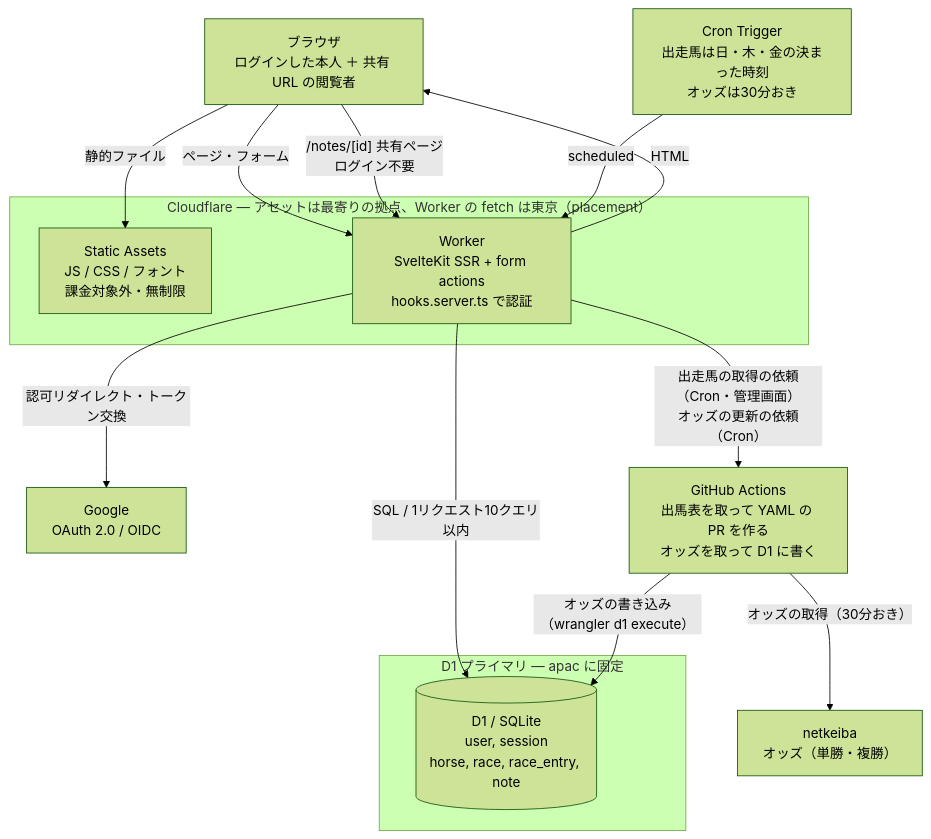
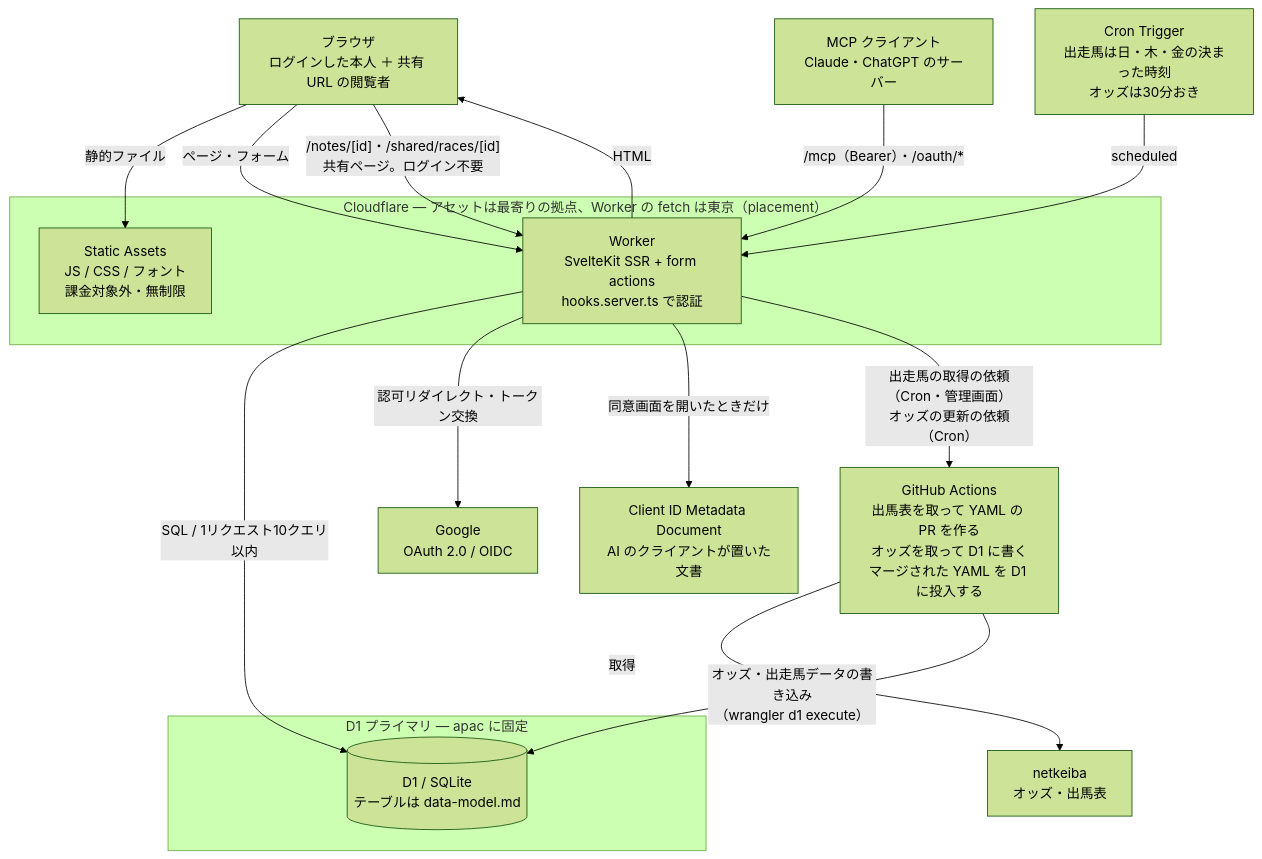
Before and after one commit to Atoyr/keiba-note: the first of 11 diagrams in docs/architecture.md, drawn with Mermaid (forest theme). The commit also changed other lines of this file and 56 other files, not shown here.

````diff
--- a/docs/architecture.md
+++ b/docs/architecture.md
@@ -98,29 +84,33 @@
 ```mermaid
 flowchart TB
     U["ブラウザ<br/>ログインした本人 ＋ 共有 URL の閲覧者"]
+    AI["MCP クライアント<br/>Claude・ChatGPT のサーバー"]
 
     subgraph CF["Cloudflare — アセットは最寄りの拠点、Worker の fetch は東京（placement）"]
         A["Static Assets<br/>JS / CSS / フォント<br/>課金対象外・無制限"]
         W["Worker<br/>SvelteKit SSR + form actions<br/>hooks.server.ts で認証"]
     end
 
     subgraph APAC["D1 プライマリ — apac に固定"]
-        D[("D1 / SQLite<br/>user, session<br/>horse, race, race_entry, note")]
+        D[("D1 / SQLite<br/>テーブルは data-model.md")]
     end
 
     G["Google<br/>OAuth 2.0 / OIDC"]
-    N["netkeiba<br/>オッズ（単勝・複勝）"]
-    GH["GitHub Actions<br/>出馬表を取って YAML の PR を作る<br/>オッズを取って D1 に書く"]
+    M["Client ID Metadata Document<br/>AI のクライアントが置いた文書"]
+    N["netkeiba<br/>オッズ・出馬表"]
+    GH["GitHub Actions<br/>出馬表を取って YAML の PR を作る<br/>オッズを取って D1 に書く<br/>マージされた YAML を D1 に投入する"]
     CR["Cron Trigger<br/>出走馬は日・木・金の決まった時刻<br/>オッズは30分おき"]
 
     U -->|"静的ファイル"| A
     U -->|"ページ・フォーム"| W
-    U -->|"/notes/[id] 共有ページ<br/>ログイン不要"| W
+    U -->|"/notes/[id]・/shared/races/[id]<br/>共有ページ。ログイン不要"| W
+    AI -->|"/mcp（Bearer）・/oauth/*"| W
     W -->|"SQL / 1リクエスト10クエリ以内"| D
     W -->|"認可リダイレクト・トークン交換"| G
+    W -->|"同意画面を開いたときだけ"| M
     W -->|"HTML"| U
     CR -->|"scheduled"| W
     W -->|"出走馬の取得の依頼（Cron・管理画面）<br/>オッズの更新の依頼（Cron）"| GH
-    GH -->|"オッズの取得（30分おき）"| N
-    GH -->|"オッズの書き込み（wrangler d1 execute）"| D
+    GH -->|"取得"| N
+    GH -->|"オッズ・出走馬データの書き込み<br/>（wrangler d1 execute）"| D
 ```
````
